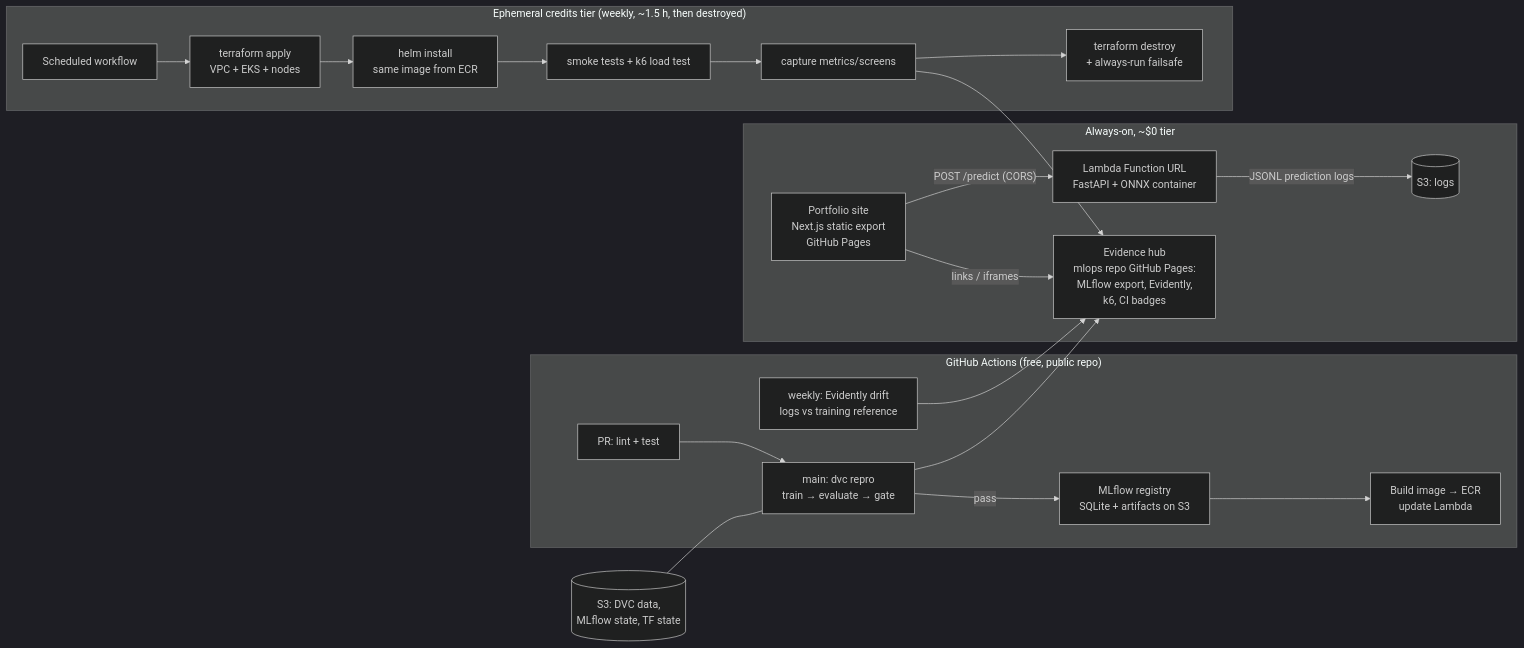
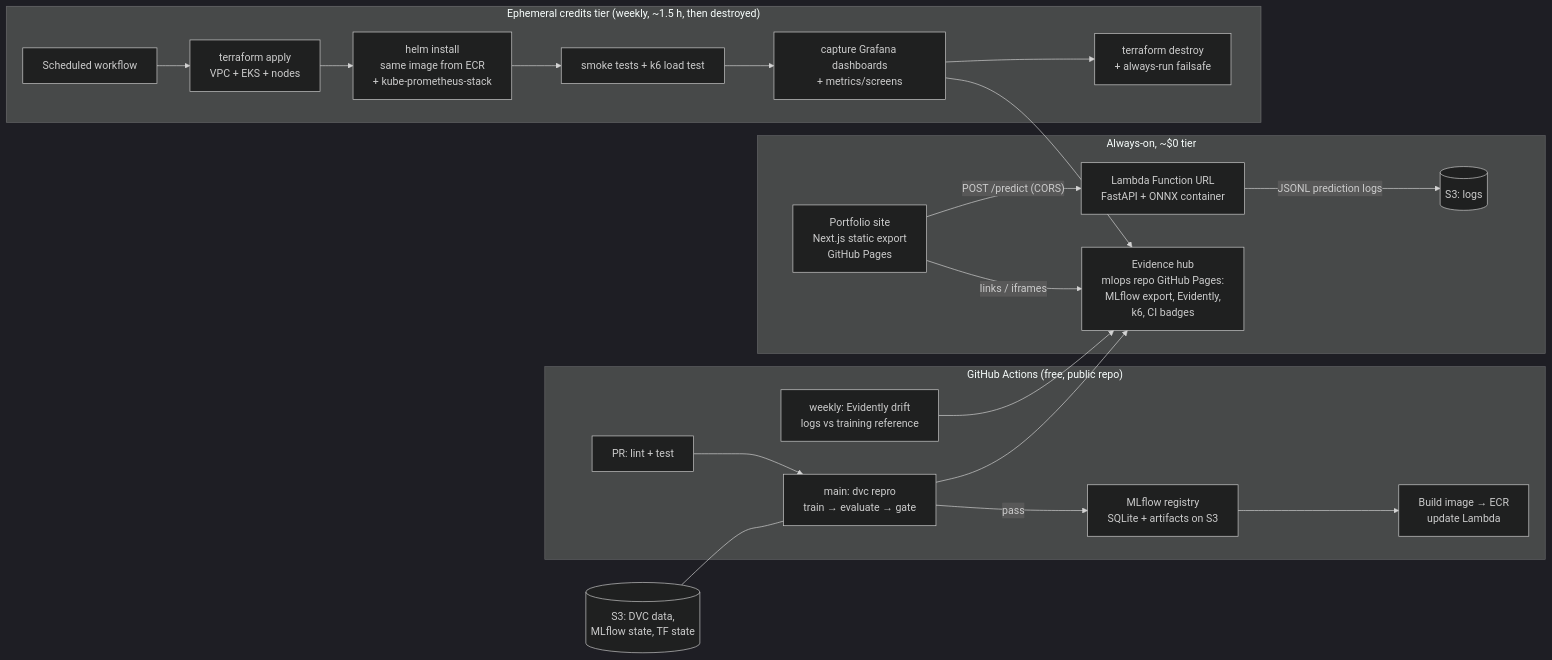
One commit to MonishKamwal/mlops changed the diagram in PLAN.md. Above: the diagram before and after it, drawn with Mermaid (dark theme). The commit also changed other lines of this file and 3 other files, not shown here.

````diff
--- a/PLAN.md
+++ b/PLAN.md
@@ -76,26 +77,26 @@
 ```mermaid
 flowchart LR
     subgraph Free["Always-on, ~$0 tier"]
         P[Portfolio site<br/>Next.js static export<br/>GitHub Pages] -->|"POST /predict (CORS)"| L[Lambda Function URL<br/>FastAPI + ONNX container]
         L -->|JSONL prediction logs| S3L[(S3: logs)]
         P -->|links / iframes| EV[Evidence hub<br/>mlops repo GitHub Pages:<br/>MLflow export, Evidently,<br/>k6, CI badges]
     end
 
     subgraph GHA["GitHub Actions (free, public repo)"]
         CI[PR: lint + test] --> TR["main: dvc repro<br/>train → evaluate → gate"]
         TR -->|pass| REG[MLflow registry<br/>SQLite + artifacts on S3]
         REG --> BLD[Build image → ECR<br/>update Lambda]
         DR[weekly: Evidently drift<br/>logs vs training reference] --> EV
         TR --> EV
     end
 
     subgraph Eph["Ephemeral credits tier (weekly, ~1.5 h, then destroyed)"]
         W[Scheduled workflow] --> TFA[terraform apply<br/>VPC + EKS + nodes]
-        TFA --> H[helm install<br/>same image from ECR]
+        TFA --> H[helm install<br/>same image from ECR<br/>+ kube-prometheus-stack]
         H --> K6[smoke tests + k6 load test]
-        K6 --> CAP[capture metrics/screens] --> EV
+        K6 --> CAP[capture Grafana dashboards<br/>+ metrics/screens] --> EV
         CAP --> TFD[terraform destroy<br/>+ always-run failsafe]
     end
 
     S3D[(S3: DVC data,<br/>MLflow state, TF state)] --- TR
 ```
````
